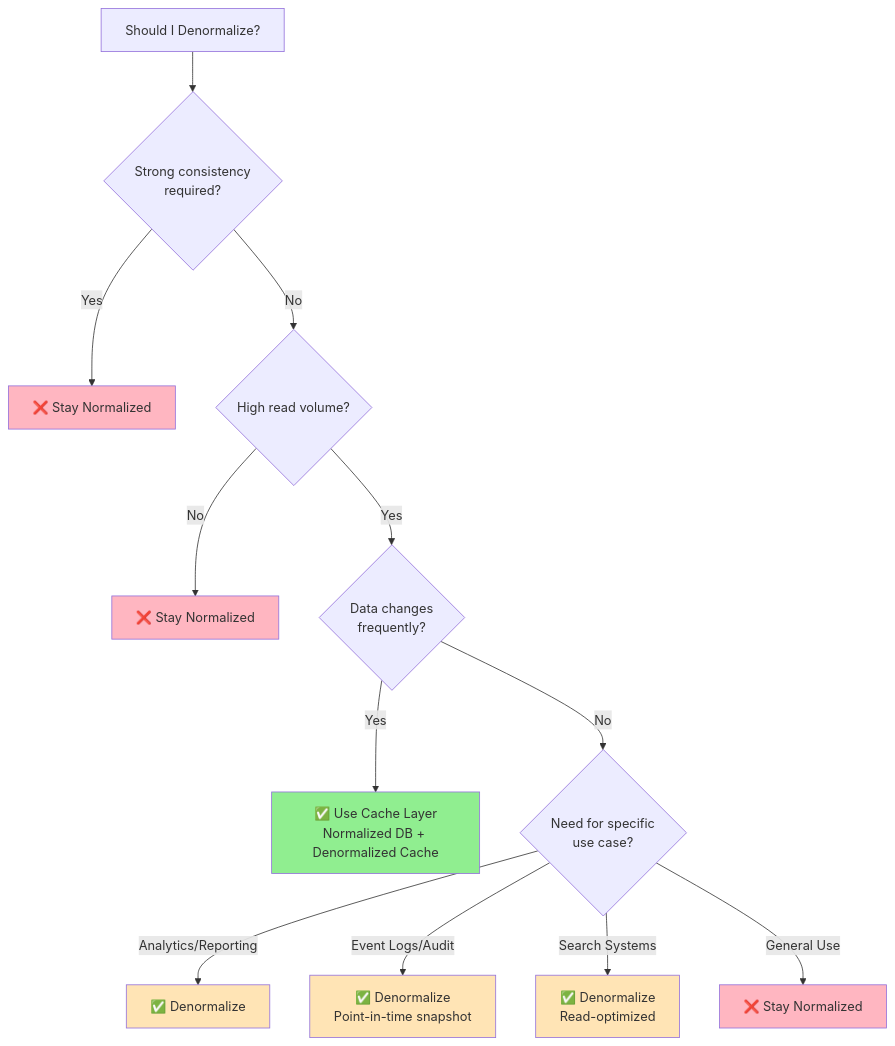
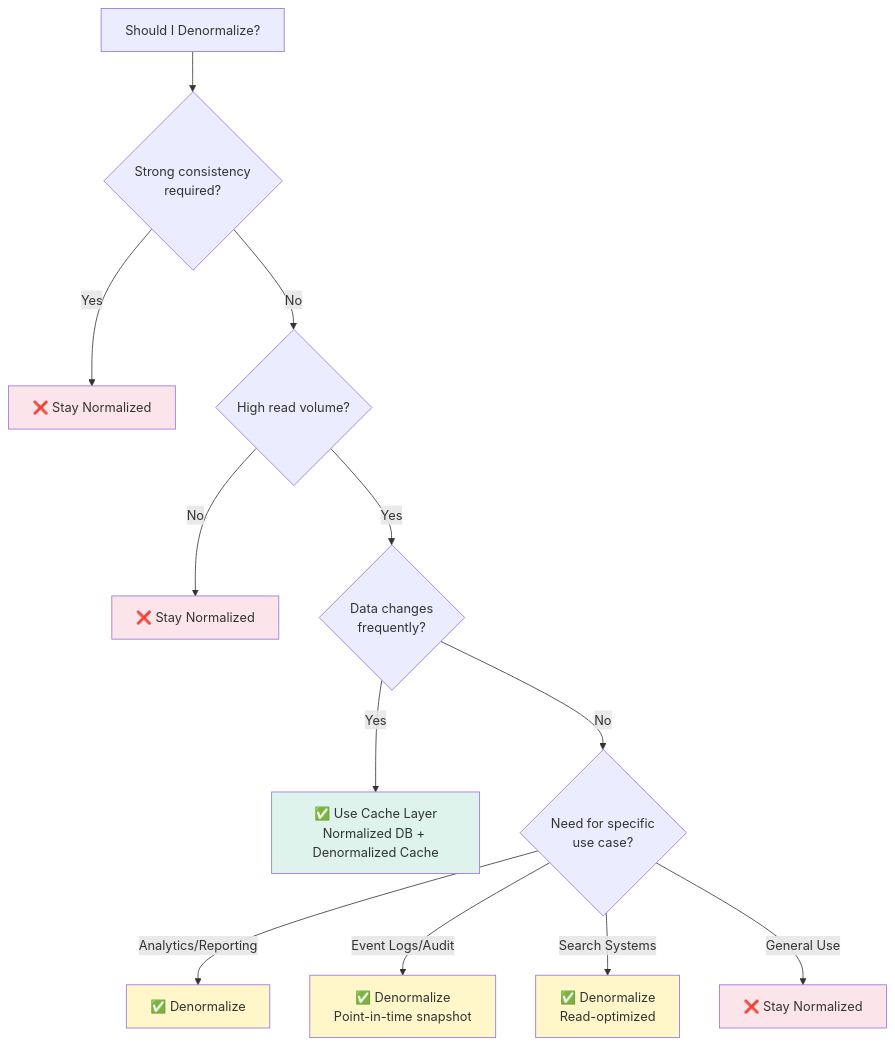
Before and after one commit to cartmancodes/InterviewVault: diagram 16 of 27 in LLD/CoreConcepts/DataModelling.md, drawn with Mermaid. The commit also changed other lines of this file and 679 other files, not shown here.

Commit message:
Unify content diagrams and add accessible visual walkthroughs

````diff
--- a/LLD/CoreConcepts/DataModelling.md
+++ b/LLD/CoreConcepts/DataModelling.md
@@ -705,27 +705,27 @@
 ```mermaid
 flowchart TB
     START[Should I Denormalize?]
     
     START --> Q1{Strong consistency<br/>required?}
     Q1 -->|Yes| NORM1[❌ Stay Normalized]
     Q1 -->|No| Q2{High read volume?}
     
     Q2 -->|No| NORM2[❌ Stay Normalized]
     Q2 -->|Yes| Q3{Data changes<br/>frequently?}
     
     Q3 -->|Yes| CACHE[✅ Use Cache Layer<br/>Normalized DB + Denormalized Cache]
     Q3 -->|No| Q4{Need for specific<br/>use case?}
     
     Q4 -->|Analytics/Reporting| DENORM1[✅ Denormalize]
     Q4 -->|Event Logs/Audit| DENORM2[✅ Denormalize<br/>Point-in-time snapshot]
     Q4 -->|Search Systems| DENORM3[✅ Denormalize<br/>Read-optimized]
     Q4 -->|General Use| NORM3[❌ Stay Normalized]
     
-    style NORM1 fill:#FFB6C1
-    style NORM2 fill:#FFB6C1
-    style NORM3 fill:#FFB6C1
-    style CACHE fill:#90EE90
-    style DENORM1 fill:#FFE4B5
-    style DENORM2 fill:#FFE4B5
-    style DENORM3 fill:#FFE4B5
+    style NORM1 fill:#FCE5EA
+    style NORM2 fill:#FCE5EA
+    style NORM3 fill:#FCE5EA
+    style CACHE fill:#DDF3EC
+    style DENORM1 fill:#FFF6C9
+    style DENORM2 fill:#FFF6C9
+    style DENORM3 fill:#FFF6C9
 ```
````
